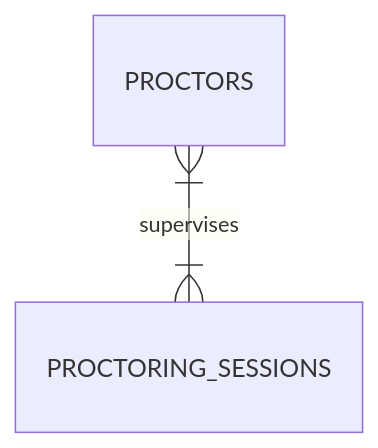
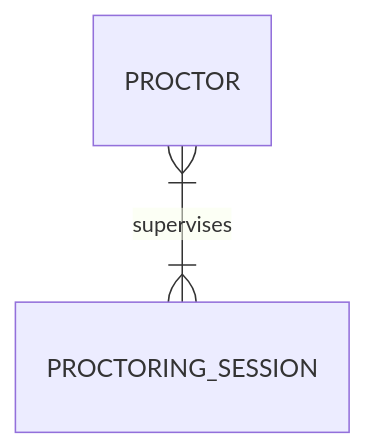
One commit to mrxsierra/ems-db changed the sixth of 8 diagrams in README.md. Above: the diagram before and after it, drawn with Mermaid. The commit also changed other lines of this file and 11 other files, not shown here.

````diff
--- a/README.md
+++ b/README.md
@@ -64,4 +77,4 @@
 ```mermaid
 erDiagram
-    PROCTORS }|--|{ PROCTORING_SESSIONS : "supervises"
+    PROCTOR }|--|{ PROCTORING_SESSION : "supervises"
 ```
````
